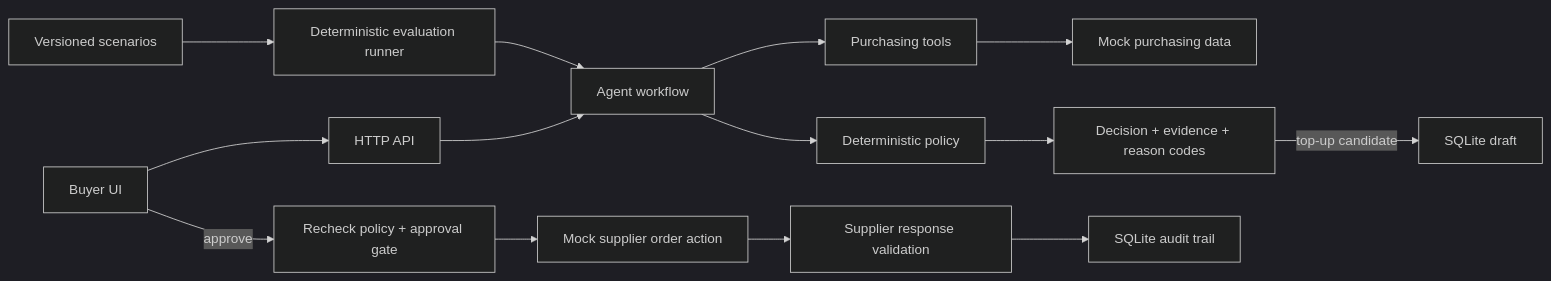
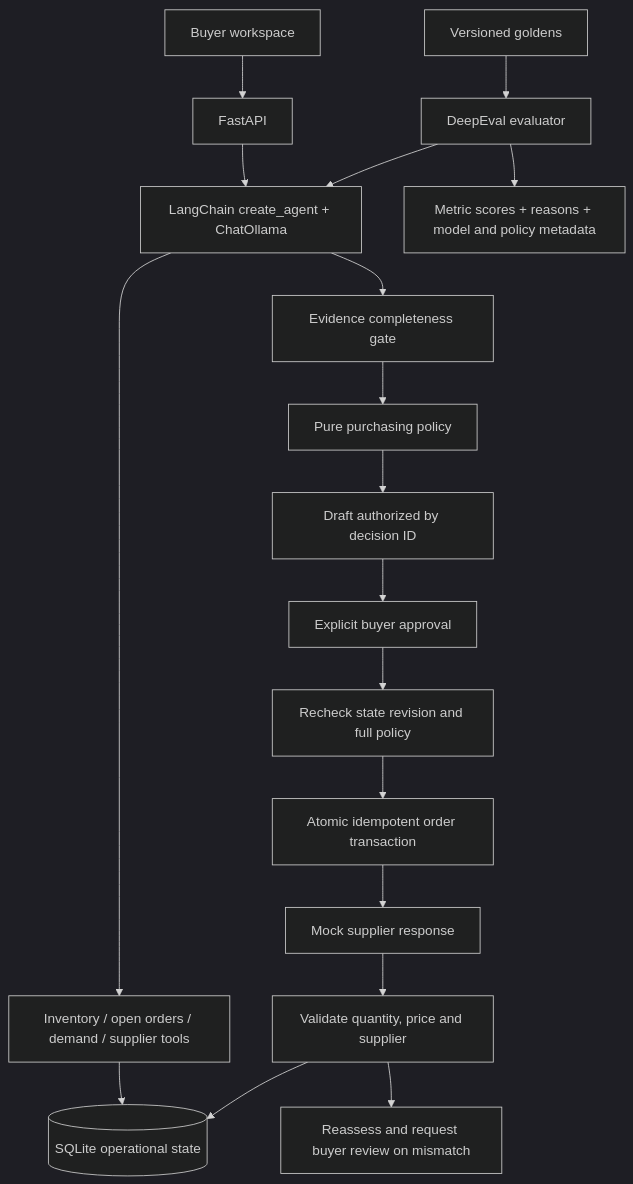
Before and after one commit to botARPIT/rappi_assignment_buy_agent: the diagram in README.md, drawn with Mermaid (dark theme). The commit also changed other lines of this file and 17 other files, not shown here.

Commit message:
Add DeepEval scenarios, regression tests, and verification evidence

````diff
--- a/README.md
+++ b/README.md
@@ -31,16 +50,20 @@
 ```mermaid
-flowchart LR
-    Buyer[Buyer UI] --> API[HTTP API]
-    API --> Agent[Agent workflow]
-    Agent --> Tools[Purchasing tools]
-    Tools --> Data[Mock purchasing data]
-    Agent --> Policy[Deterministic policy]
-    Policy --> Decision[Decision + evidence + reason codes]
-    Decision -->|top-up candidate| Draft[SQLite draft]
-    Buyer -->|approve| Gate[Recheck policy + approval gate]
-    Gate --> Action[Mock supplier order action]
-    Action --> Validate[Supplier response validation]
-    Validate --> Audit[SQLite audit trail]
-    Eval[Versioned scenarios] --> Runner[Deterministic evaluation runner]
-    Runner --> Agent
+flowchart TD
+    UI[Buyer workspace] --> API[FastAPI]
+    API --> Agent[LangChain create_agent + ChatOllama]
+    Agent --> Reads[Inventory / open orders / demand / supplier tools]
+    Reads --> DB[(SQLite operational state)]
+    Agent --> Evidence[Evidence completeness gate]
+    Evidence --> Policy[Pure purchasing policy]
+    Policy --> Draft[Draft authorized by decision ID]
+    Draft --> Buyer[Explicit buyer approval]
+    Buyer --> Fresh[Recheck state revision and full policy]
+    Fresh --> Tx[Atomic idempotent order transaction]
+    Tx --> Supplier[Mock supplier response]
+    Supplier --> Validation[Validate quantity, price and supplier]
+    Validation --> DB
+    Validation --> Followup[Reassess and request buyer review on mismatch]
+    Goldens[Versioned goldens] --> DeepEval[DeepEval evaluator]
+    DeepEval --> Agent
+    DeepEval --> Report[Metric scores + reasons + model and policy metadata]
 ```
````
